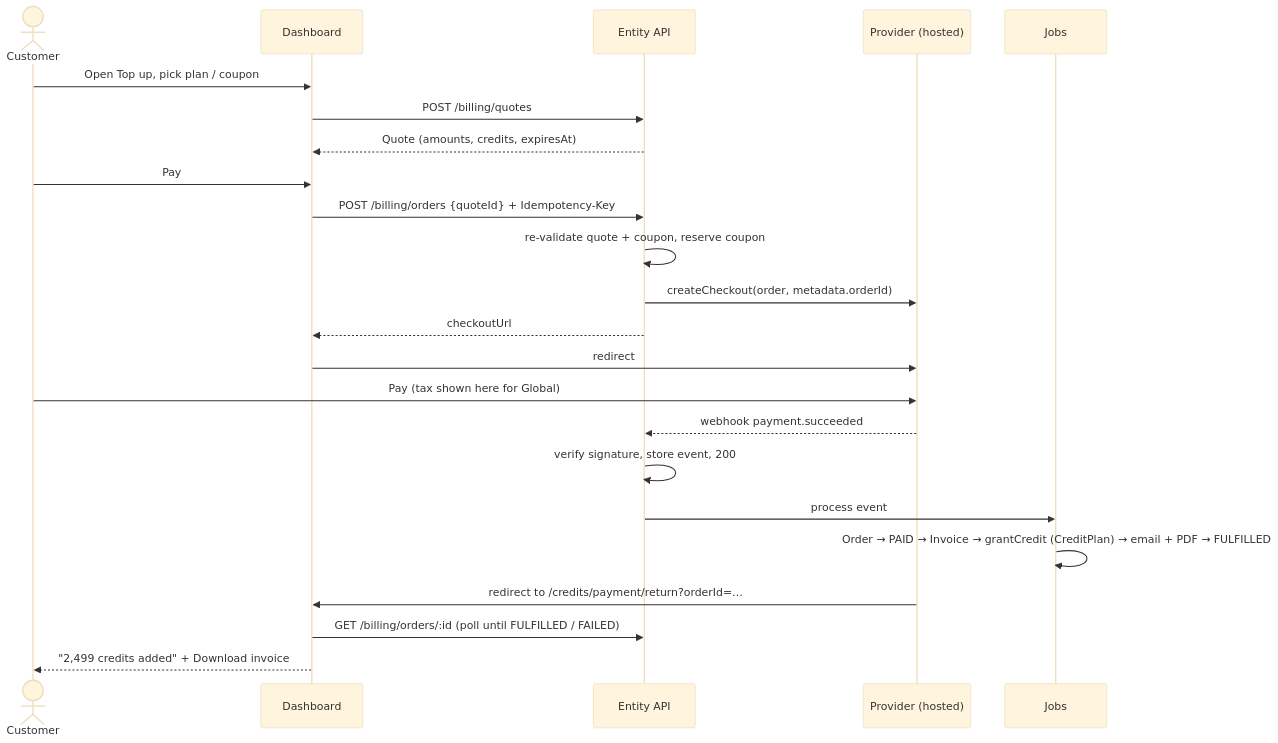
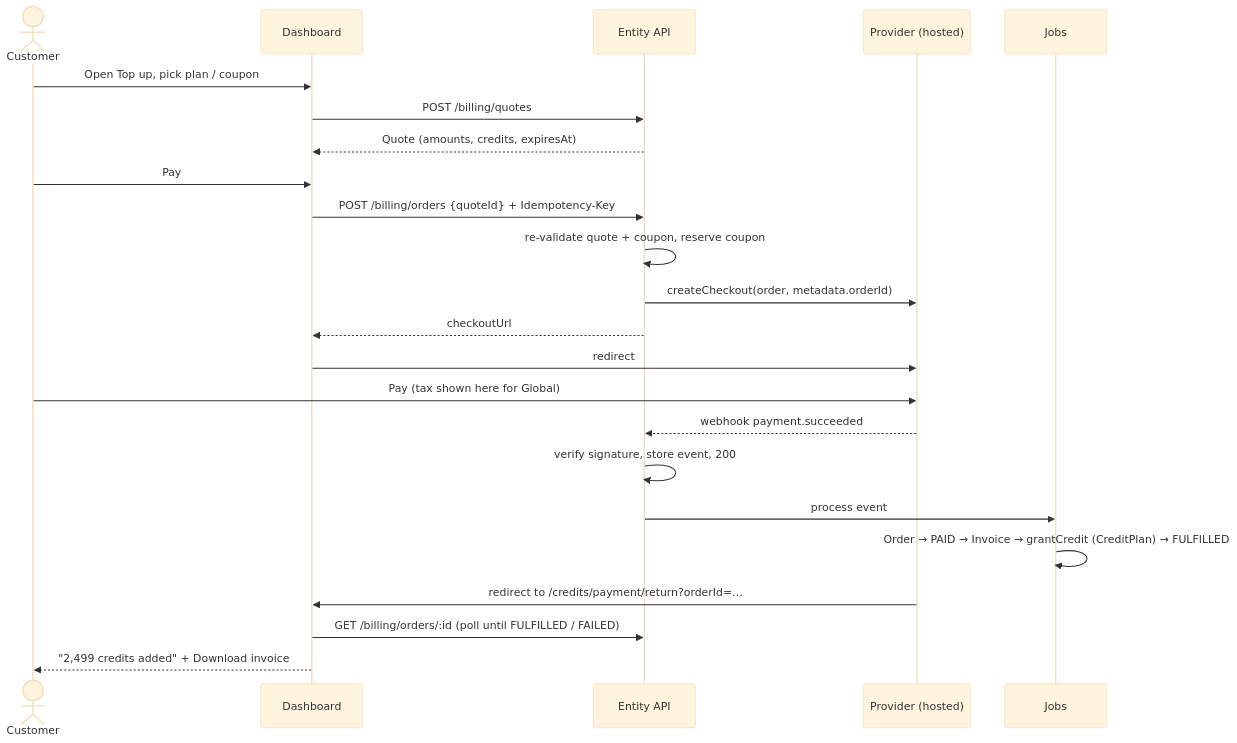
One commit to hypersign-protocol/entity-developer-dashboard-service changed the third of 4 diagrams in docs/payment/credits-top-up-payment.md. Above: the diagram before and after it, drawn with Mermaid (base theme). The commit also changed other lines of this file and 25 other files, not shown here.

````diff
--- a/docs/payment/credits-top-up-payment.md
+++ b/docs/payment/credits-top-up-payment.md
@@ -853,26 +861,26 @@
 ```mermaid
 sequenceDiagram
   actor U as Customer
   participant D as Dashboard
   participant A as Entity API
   participant P as Provider (hosted)
   participant J as Jobs
 
   U->>D: Open Top up, pick plan / coupon
   D->>A: POST /billing/quotes
   A-->>D: Quote (amounts, credits, expiresAt)
   U->>D: Pay
   D->>A: POST /billing/orders {quoteId} + Idempotency-Key
   A->>A: re-validate quote + coupon, reserve coupon
   A->>P: createCheckout(order, metadata.orderId)
   A-->>D: checkoutUrl
   D->>P: redirect
   U->>P: Pay (tax shown here for Global)
   P-->>A: webhook payment.succeeded
   A->>A: verify signature, store event, 200
   A->>J: process event
-  J->>J: Order → PAID → Invoice → grantCredit (CreditPlan) → email + PDF → FULFILLED
+  J->>J: Order → PAID → Invoice → grantCredit (CreditPlan) → FULFILLED
   P->>D: redirect to /credits/payment/return?orderId=…
   D->>A: GET /billing/orders/:id (poll until FULFILLED / FAILED)
   D-->>U: "2,499 credits added" + Download invoice
 ```
````
